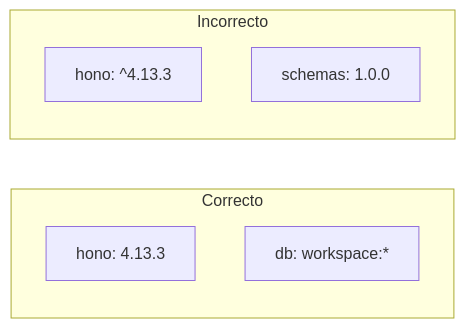
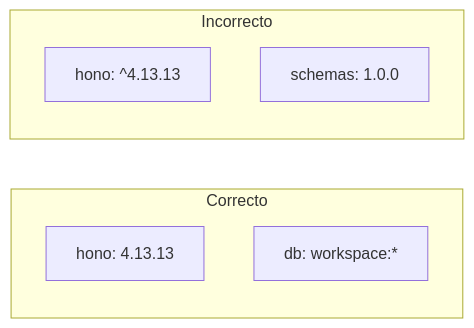
Before and after one commit to JoseAntonioNuevo/agentic-kanban: the second of 2 diagrams in diagrams/01-dependencias.md, drawn with Mermaid. The commit also changed other lines of this file and 20 other files, not shown here.

````diff
--- a/diagrams/01-dependencias.md
+++ b/diagrams/01-dependencias.md
@@ -27,11 +27,11 @@
 ```mermaid
 flowchart LR
   subgraph bien [Correcto]
-    pin["hono: 4.13.3"]
+    pin["hono: 4.13.13"]
     ws["db: workspace:*"]
   end
   subgraph mal [Incorrecto]
-    caret["hono: ^4.13.3"]
+    caret["hono: ^4.13.13"]
     npm["schemas: 1.0.0"]
   end
 ```
````
